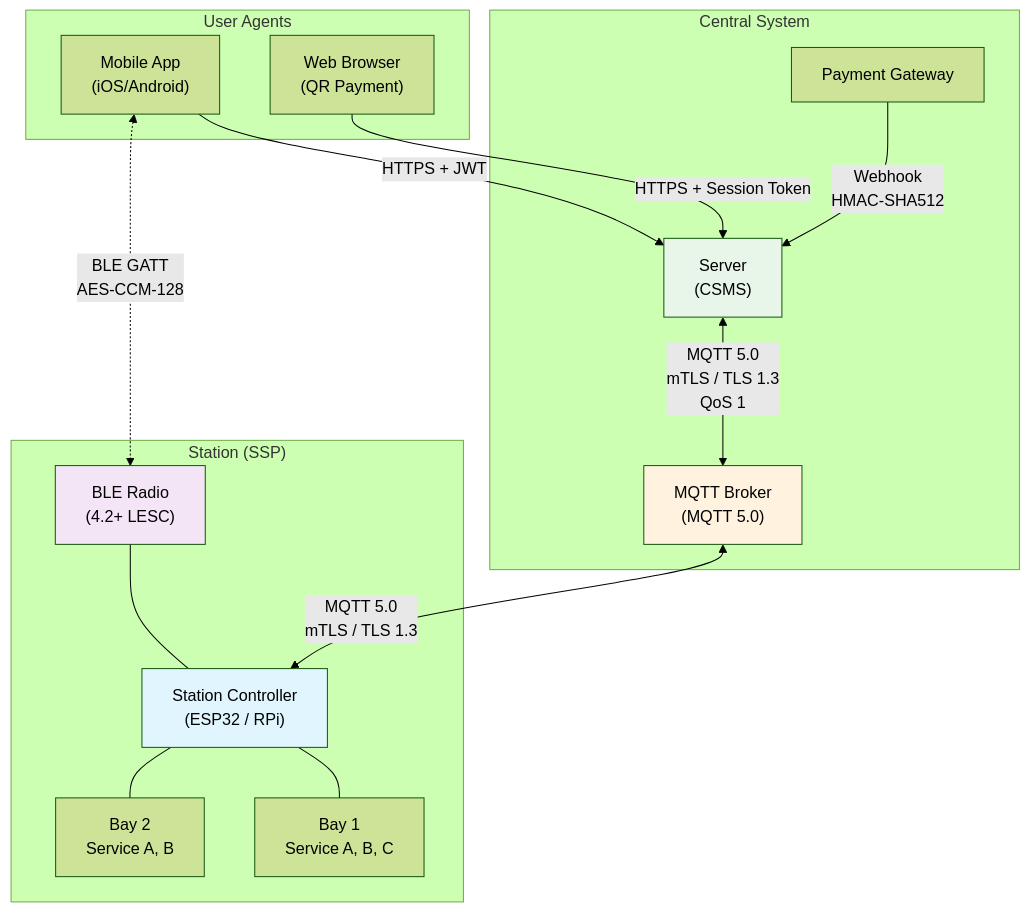
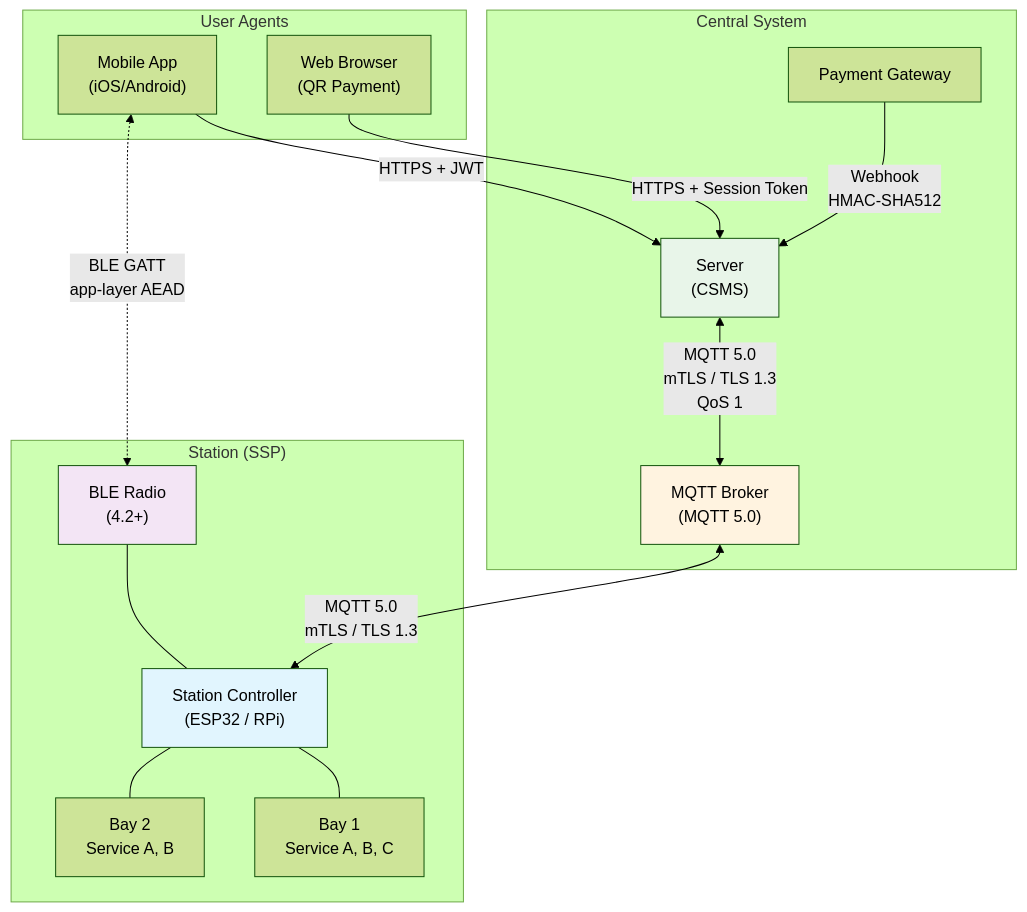
Before and after one commit to ospp-org/spec: the diagram in README.md, drawn with Mermaid (forest theme). The commit also changed 1 other file, not shown here.

Commit message:
docs(ble): drop AES-CCM-128/LESC-as-premise from README + diagrams mermaid (S1)
The top-level architecture diagrams labelled the BLE channel 'AES-CCM-128
(LESC)'. Under D1 the channel security is application-layer AEAD
(ChaCha20-Poly1305) and pairing/LESC is optional; relabel the GATT edge to
'app-layer AEAD' and the radio node to '(4.2+)'. Cosmetic (mermaid labels),
removes a visible contradiction with §6.4/§6.5.

````diff
--- a/README.md
+++ b/README.md
@@ -51,35 +51,35 @@
 ```mermaid
 graph TB
     subgraph "User Agents"
         App["Mobile App<br/>(iOS/Android)"]
         Web["Web Browser<br/>(QR Payment)"]
     end
 
     subgraph "Central System"
         Server["Server<br/>(CSMS)"]
         Broker["MQTT Broker<br/>(MQTT 5.0)"]
         PG["Payment Gateway"]
     end
 
     subgraph "Station (SSP)"
         MCU["Station Controller<br/>(ESP32 / RPi)"]
-        BLE["BLE Radio<br/>(4.2+ LESC)"]
+        BLE["BLE Radio<br/>(4.2+)"]
         Bay1["Bay 1<br/>Service A, B, C"]
         Bay2["Bay 2<br/>Service A, B"]
     end
 
     App -->|"HTTPS + JWT"| Server
     Web -->|"HTTPS + Session Token"| Server
     Server <-->|"MQTT 5.0<br/>mTLS / TLS 1.3<br/>QoS 1"| Broker
     Broker <-->|"MQTT 5.0<br/>mTLS / TLS 1.3"| MCU
     PG -->|"Webhook<br/>HMAC-SHA512"| Server
-    App <-.->|"BLE GATT<br/>AES-CCM-128"| BLE
+    App <-.->|"BLE GATT<br/>app-layer AEAD"| BLE
     BLE --- MCU
     MCU --- Bay1
     MCU --- Bay2
 
     style MCU fill:#e1f5fe
     style Server fill:#e8f5e9
     style Broker fill:#fff3e0
     style BLE fill:#f3e5f5
 ```
````
